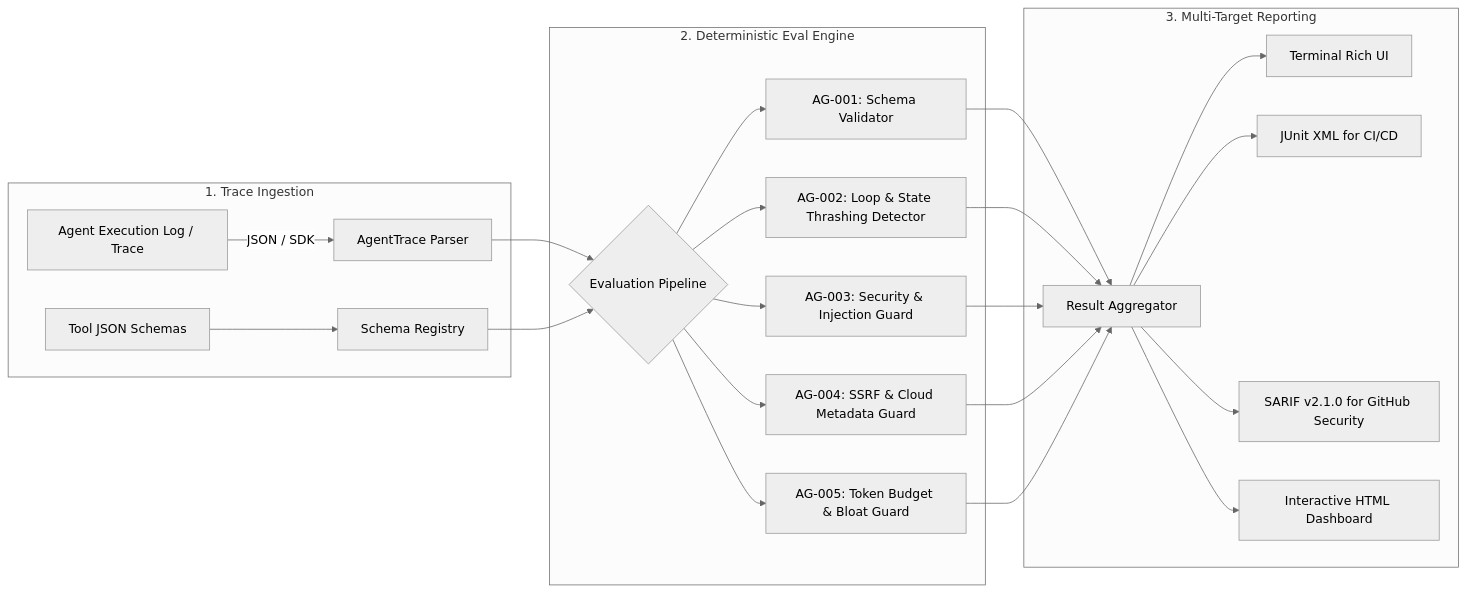
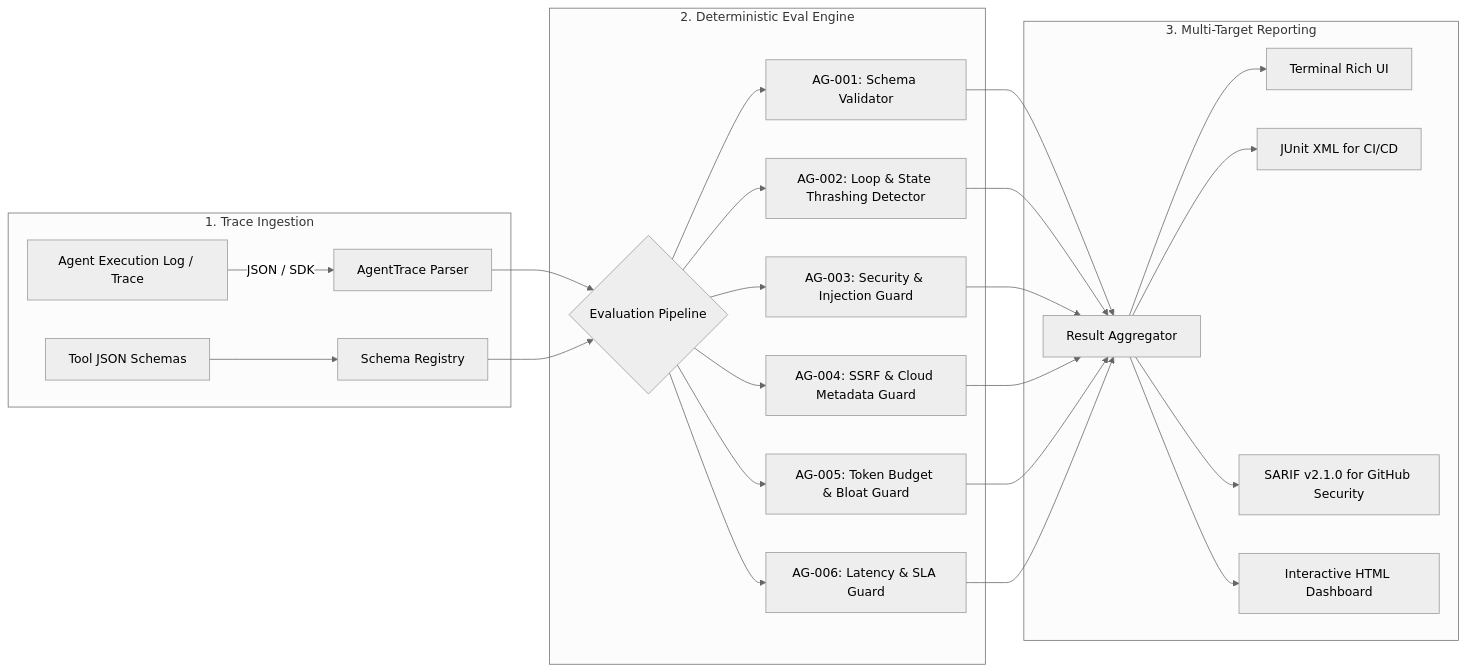
The diagram in README.md (OKAN-SOFTWARE/agent-guard-eval), drawn with Mermaid (neutral theme) before and after one commit. The commit also changed other lines of this file and 1 other file, not shown here.

````diff
--- a/README.md
+++ b/README.md
@@ -38,25 +38,26 @@
 ```mermaid
 flowchart LR
     subgraph Ingestion["1. Trace Ingestion"]
         A[Agent Execution Log / Trace] -->|JSON / SDK| B[AgentTrace Parser]
         S[Tool JSON Schemas] --> C[Schema Registry]
     end
 
     subgraph Engine["2. Deterministic Eval Engine"]
         B --> D{Evaluation Pipeline}
         C --> D
         D --> E[AG-001: Schema Validator]
         D --> F[AG-002: Loop & State Thrashing Detector]
         D --> G[AG-003: Security & Injection Guard]
         D --> H[AG-004: SSRF & Cloud Metadata Guard]
         D --> I[AG-005: Token Budget & Bloat Guard]
+        D --> O[AG-006: Latency & SLA Guard]
     end
 
     subgraph Reporters["3. Multi-Target Reporting"]
-        E & F & G & H & I --> J[Result Aggregator]
+        E & F & G & H & I & O --> J[Result Aggregator]
         J --> K[Terminal Rich UI]
         J --> L[JUnit XML for CI/CD]
         J --> M[SARIF v2.1.0 for GitHub Security]
         J --> N[Interactive HTML Dashboard]
     end
 ```
````
